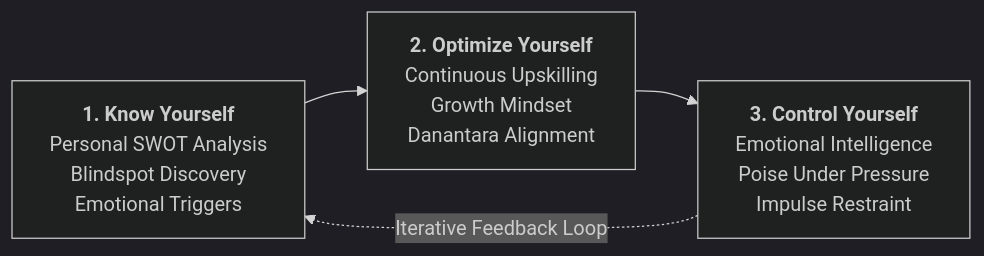
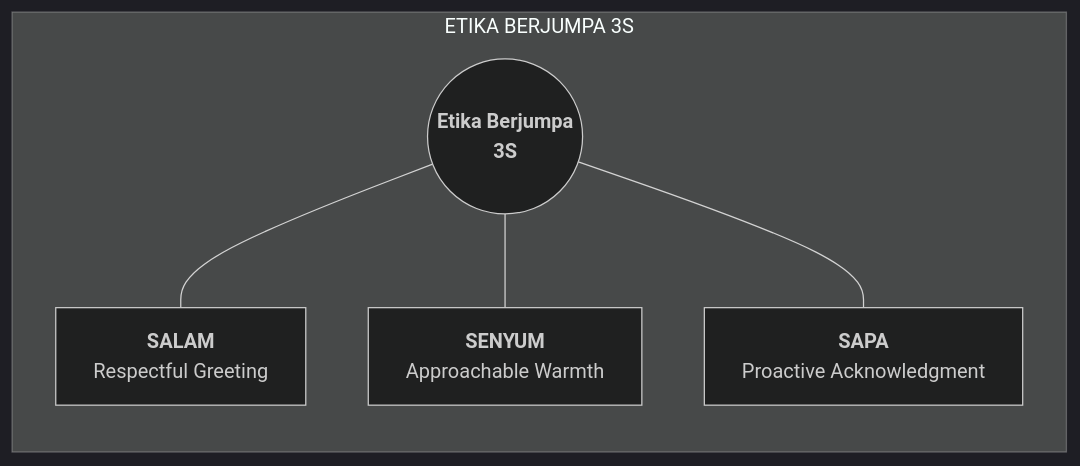
One commit to egxl/MBA changed the sixth of 9 diagrams in content/rabuan/2026-09-04-indayati-professional-image.md. Above: the diagram before and after it, drawn with Mermaid (dark theme). The commit also changed other lines of this file and 2 other files, not shown here.

````diff
--- a/content/rabuan/2026-09-04-indayati-professional-image.md
+++ b/content/rabuan/2026-09-04-indayati-professional-image.md
@@ -85,5 +194,14 @@
 ```mermaid
-flowchart LR
-    Step1["<b>1. Know Yourself</b><br/>Personal SWOT Analysis<br/>Blindspot Discovery<br/>Emotional Triggers"] --> Step2["<b>2. Optimize Yourself</b><br/>Continuous Upskilling<br/>Growth Mindset<br/>Danantara Alignment"] --> Step3["<b>3. Control Yourself</b><br/>Emotional Intelligence<br/>Poise Under Pressure<br/>Impulse Restraint"]
-    Step3 -.->|"Iterative Feedback Loop"| Step1
+flowchart TD
+    subgraph ETIKA ["ETIKA BERJUMPA 3S"]
+        direction TB
+        SALAM["<b>SALAM</b><br/>Respectful Greeting"]
+        SENYUM["<b>SENYUM</b><br/>Approachable Warmth"]
+        SAPA["<b>SAPA</b><br/>Proactive Acknowledgment"]
+        HUB(("<b>Etika Berjumpa<br/>3S</b>"))
+
+        HUB --- SALAM
+        HUB --- SENYUM
+        HUB --- SAPA
+    end
 ```
````
